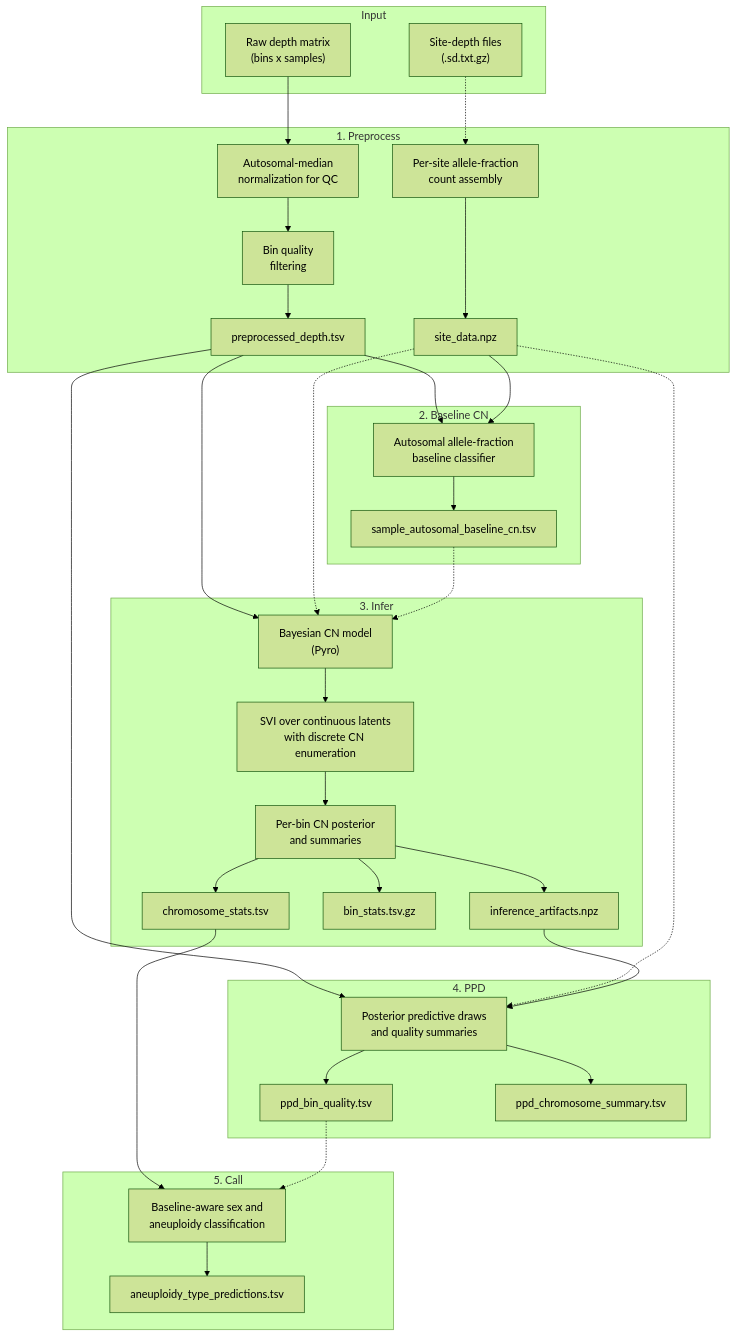
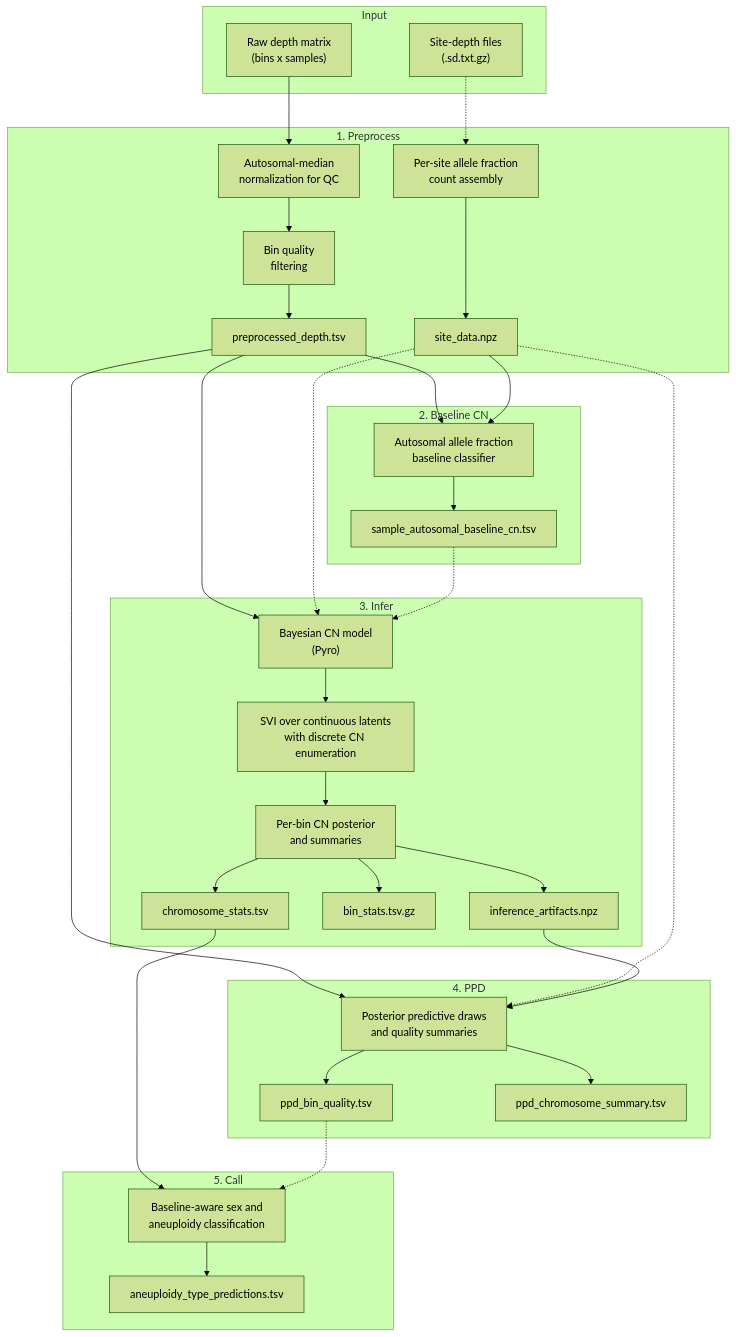
The diagram in src/gatk-sv-ploidy/README.md (broadinstitute/gatk-sv), drawn with Mermaid (forest theme) before and after one commit. The commit also changed other lines of this file, not shown here.

Commit message:
Allele fraction

````diff
--- a/src/gatk-sv-ploidy/README.md
+++ b/src/gatk-sv-ploidy/README.md
@@ -177,53 +177,53 @@
 ```mermaid
 flowchart TD
     subgraph Input
         RD["Raw depth matrix\n(bins x samples)"]
         SD["Site-depth files\n(.sd.txt.gz)"]
     end
 
     subgraph "1. Preprocess"
         N["Autosomal-median\nnormalization for QC"]
         BF["Bin quality\nfiltering"]
-        AC["Per-site allele-fraction\ncount assembly"]
+        AC["Per-site allele fraction\ncount assembly"]
         RD --> N --> BF
         SD -.-> AC
         BF --> PD["preprocessed_depth.tsv"]
         AC --> SN["site_data.npz"]
     end
 
     subgraph "2. Baseline CN"
-        PB["Autosomal allele-fraction\nbaseline classifier"]
+        PB["Autosomal allele fraction\nbaseline classifier"]
         PD --> PB
         SN --> PB
         PB --> AB["sample_autosomal_baseline_cn.tsv"]
     end
 
     subgraph "3. Infer"
         M["Bayesian CN model\n(Pyro)"]
         SVI["SVI over continuous latents\nwith discrete CN enumeration"]
         POST["Per-bin CN posterior\nand summaries"]
         PD --> M
         SN -.-> M
         AB -.-> M
         M --> SVI --> POST
         POST --> IA["inference_artifacts.npz"]
         POST --> BS["bin_stats.tsv.gz"]
         POST --> CS["chromosome_stats.tsv"]
     end
 
     subgraph "4. PPD"
         PPD["Posterior predictive draws\nand quality summaries"]
         PD --> PPD
         SN -.-> PPD
         IA --> PPD
         PPD --> PQ["ppd_bin_quality.tsv"]
         PPD --> PC["ppd_chromosome_summary.tsv"]
     end
 
     subgraph "5. Call"
         CALL["Baseline-aware sex and\naneuploidy classification"]
         CS --> CALL
         PQ -.-> CALL
         CALL --> PR["aneuploidy_type_predictions.tsv"]
     end
 ```
````
